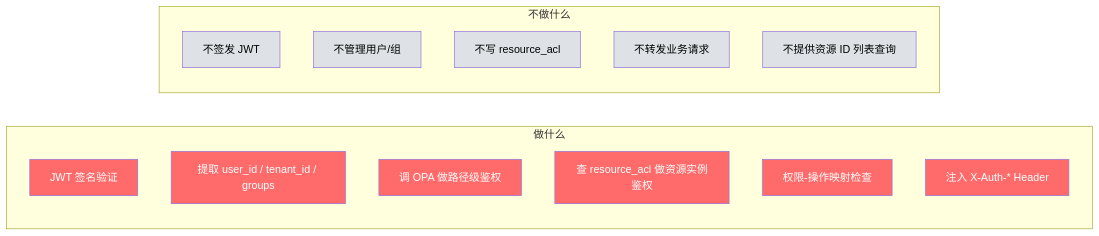
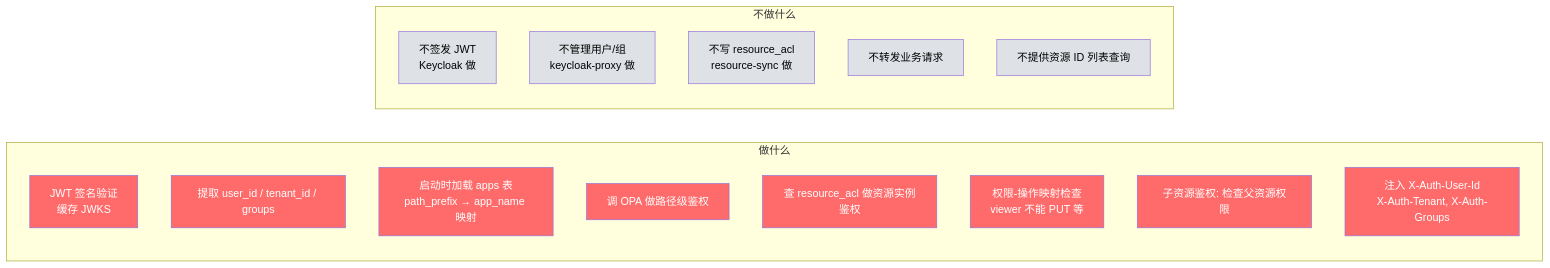
One commit to xiewanchao/aidp-iam changed the third of 10 diagrams in diagrams/component-responsibility.md. Above: the diagram before and after it, drawn with Mermaid. The commit also changed other lines of this file and 5 other files, not shown here.

````diff
--- a/diagrams/component-responsibility.md
+++ b/diagrams/component-responsibility.md
@@ -114,31 +122,35 @@
 ```mermaid
 flowchart LR
     subgraph 做什么
-        A1[JWT 签名验证]
+        A1[JWT 签名验证<br/>缓存 JWKS]
         A2[提取 user_id / tenant_id / groups]
-        A3[调 OPA 做路径级鉴权]
-        A4[查 resource_acl 做资源实例鉴权]
-        A5[权限-操作映射检查]
-        A6[注入 X-Auth-* Header]
+        A3[启动时加载 apps 表<br/>path_prefix → app_name 映射]
+        A4[调 OPA 做路径级鉴权]
+        A5[查 resource_acl 做资源实例鉴权]
+        A6[权限-操作映射检查<br/>viewer 不能 PUT 等]
+        A7[子资源鉴权: 检查父资源权限]
+        A8[注入 X-Auth-User-Id<br/>X-Auth-Tenant, X-Auth-Groups]
     end
 
     subgraph 不做什么
-        B1[不签发 JWT]
-        B2[不管理用户/组]
-        B3[不写 resource_acl]
+        B1[不签发 JWT<br/>Keycloak 做]
+        B2[不管理用户/组<br/>keycloak-proxy 做]
+        B3[不写 resource_acl<br/>resource-sync 做]
         B4[不转发业务请求]
         B5[不提供资源 ID 列表查询]
     end
 
     style A1 fill:#ff6b6b,color:#fff
     style A2 fill:#ff6b6b,color:#fff
     style A3 fill:#ff6b6b,color:#fff
     style A4 fill:#ff6b6b,color:#fff
     style A5 fill:#ff6b6b,color:#fff
     style A6 fill:#ff6b6b,color:#fff
+    style A7 fill:#ff6b6b,color:#fff
+    style A8 fill:#ff6b6b,color:#fff
     style B1 fill:#dee2e6,color:#000
     style B2 fill:#dee2e6,color:#000
     style B3 fill:#dee2e6,color:#000
     style B4 fill:#dee2e6,color:#000
     style B5 fill:#dee2e6,color:#000
 ```
````
